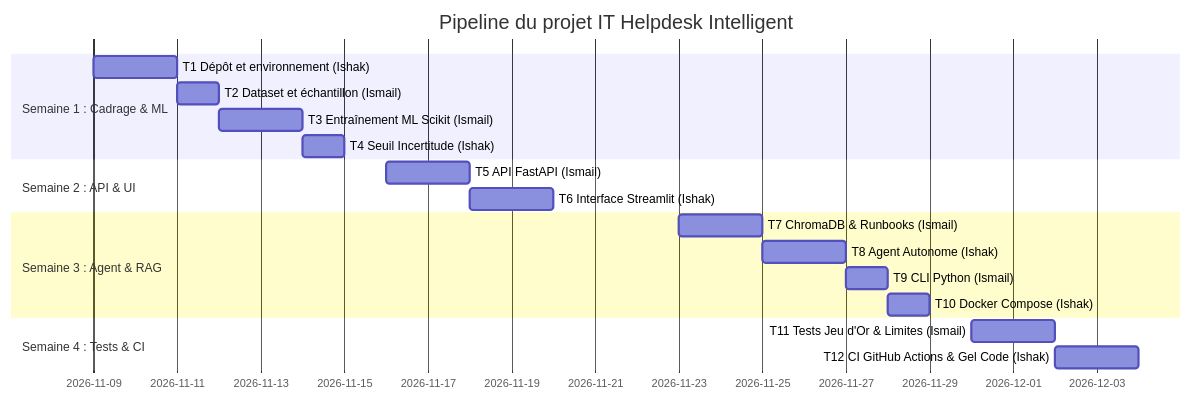
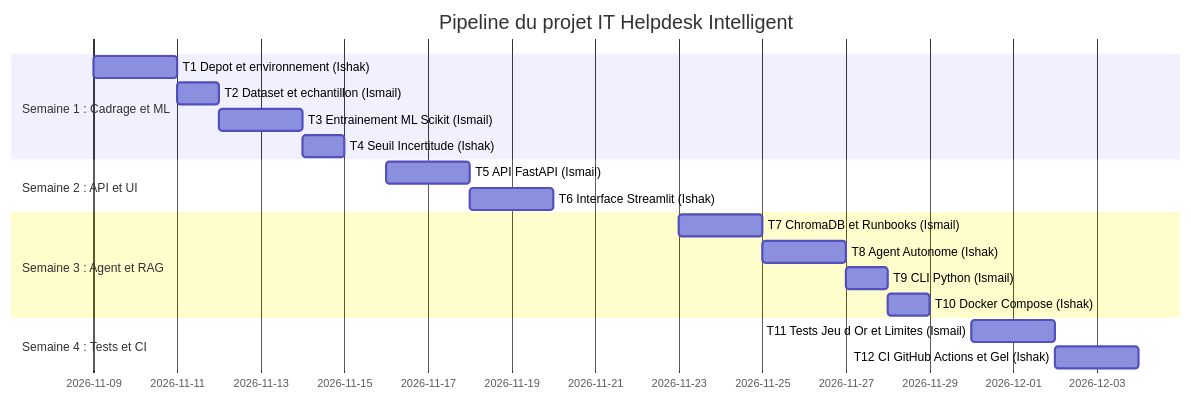
One commit to inazuma2004/Lamzouri_Ishak-Amrani_Ismail_Projet20 changed the second of 2 diagrams in docs/suivi_semaines/semaine1/Dossier_de_lancement_semaine1.md. Above: the diagram before and after it, drawn with Mermaid. The commit also changed other lines of this file and 5 other files, not shown here.

Commit message:
docs(semaine1): finalisation schemas Mermaid, wireframes et alias du dossier de lancement

````diff
--- a/docs/suivi_semaines/semaine1/Dossier_de_lancement_semaine1.md
+++ b/docs/suivi_semaines/semaine1/Dossier_de_lancement_semaine1.md
@@ -251,25 +251,25 @@
 ```mermaid
 gantt
     dateFormat  YYYY-MM-DD
     title Pipeline du projet IT Helpdesk Intelligent
     
-    section Semaine 1 : Cadrage & ML
-    T1 Dépôt et environnement (Ishak)     :t1, 2026-11-09, 2d
-    T2 Dataset et échantillon (Ismail)     :t2, after t1, 1d
-    T3 Entraînement ML Scikit (Ismail)     :t3, after t2, 2d
-    T4 Seuil Incertitude (Ishak)           :t4, after t3, 1d
+    section Semaine 1 : Cadrage et ML
+    T1 Depot et environnement (Ishak)     :t1, 2026-11-09, 2d
+    T2 Dataset et echantillon (Ismail)    :t2, after t1, 1d
+    T3 Entrainement ML Scikit (Ismail)    :t3, after t2, 2d
+    T4 Seuil Incertitude (Ishak)          :t4, after t3, 1d
     
-    section Semaine 2 : API & UI
-    T5 API FastAPI (Ismail)                :t5, 2026-11-16, 2d
-    T6 Interface Streamlit (Ishak)         :t6, after t5, 2d
+    section Semaine 2 : API et UI
+    T5 API FastAPI (Ismail)               :t5, 2026-11-16, 2d
+    T6 Interface Streamlit (Ishak)        :t6, after t5, 2d
     
-    section Semaine 3 : Agent & RAG
-    T7 ChromaDB & Runbooks (Ismail)        :t7, 2026-11-23, 2d
-    T8 Agent Autonome (Ishak)              :t8, after t7, 2d
-    T9 CLI Python (Ismail)                 :t9, after t8, 1d
-    T10 Docker Compose (Ishak)             :t10, after t9, 1d
+    section Semaine 3 : Agent et RAG
+    T7 ChromaDB et Runbooks (Ismail)      :t7, 2026-11-23, 2d
+    T8 Agent Autonome (Ishak)             :t8, after t7, 2d
+    T9 CLI Python (Ismail)                :t9, after t8, 1d
+    T10 Docker Compose (Ishak)            :t10, after t9, 1d
     
-    section Semaine 4 : Tests & CI
-    T11 Tests Jeu d'Or & Limites (Ismail)  :t11, 2026-11-30, 2d
-    T12 CI GitHub Actions & Gel Code (Ishak):t12, after t11, 2d
+    section Semaine 4 : Tests et CI
+    T11 Tests Jeu d Or et Limites (Ismail):t11, 2026-11-30, 2d
+    T12 CI GitHub Actions et Gel (Ishak)  :t12, after t11, 2d
 ```
````
